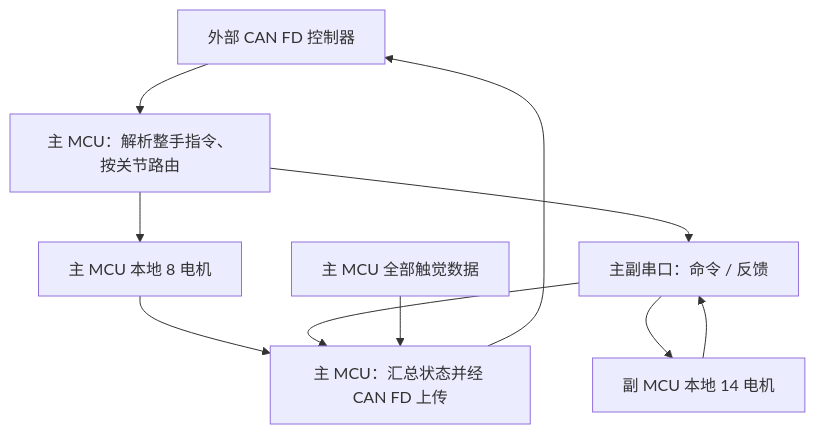
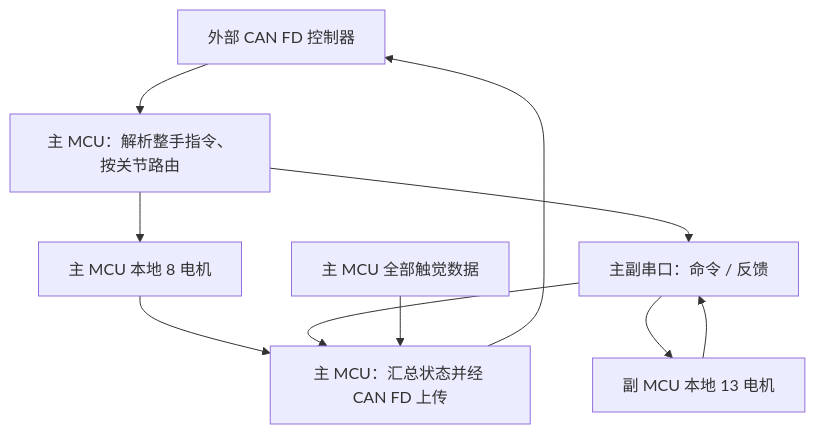
One commit to klsys777/plan_doce changed the third of 3 diagrams in 22自由度灵巧手嵌入式软件架构Ethercat版.md. Above: the diagram before and after it, drawn with Mermaid. The commit also changed other lines of this file and 1 other file, not shown here.

````diff
--- a/22自由度灵巧手嵌入式软件架构Ethercat版.md
+++ b/22自由度灵巧手嵌入式软件架构Ethercat版.md
@@ -93,16 +93,16 @@
 ```mermaid
 flowchart TB
     H["外部 CAN FD 控制器"]
     R["主 MCU：解析整手指令、按关节路由"]
     M["主 MCU 本地 8 电机"]
     L["主副串口：命令 / 反馈"]
-    S["副 MCU 本地 14 电机"]
+    S["副 MCU 本地 13 电机"]
     T["主 MCU 全部触觉数据"]
     F["主 MCU：汇总状态并经 CAN FD 上传"]
 
     H --> R
     R --> M --> F
     R --> L --> S
     S --> L --> F
     T --> F --> H
 ```
````
